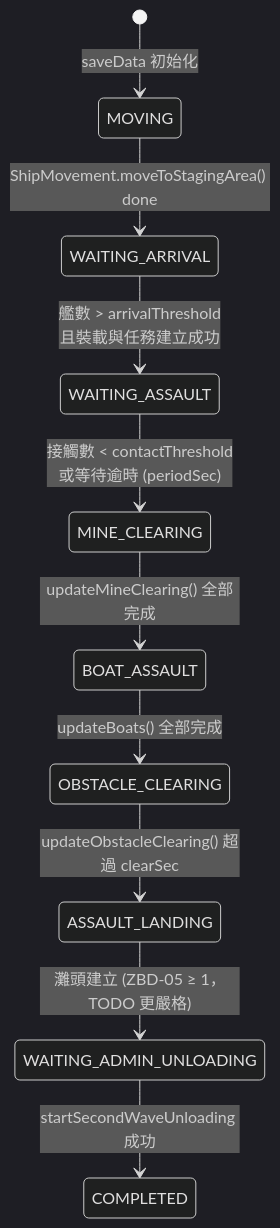
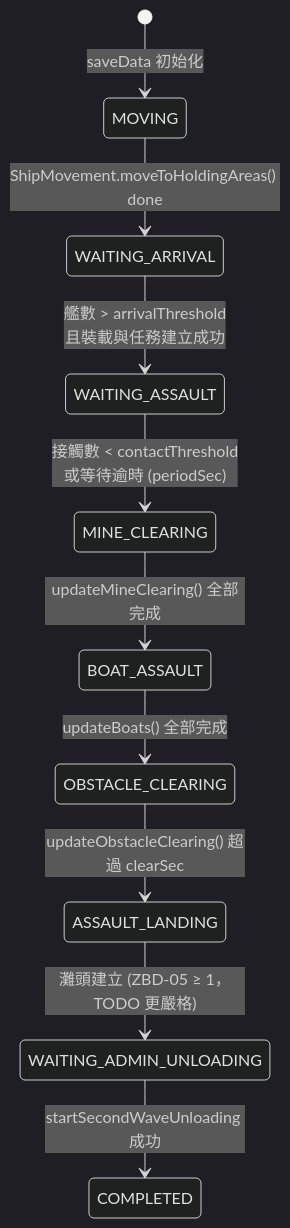
Before and after one commit to pullupjumper/formosa-in-flames: the second of 4 diagrams in docs/landingOps/coordinator.md, drawn with Mermaid (dark theme). The commit also changed other lines of this file and 31 other files, not shown here.

First line of the commit message:
refactor(landingOps): rename anchorage to movement.holdingAreas and trim shipMovement params

````diff
--- a/docs/landingOps/coordinator.md
+++ b/docs/landingOps/coordinator.md
@@ -42,12 +42,12 @@
 ```mermaid
 stateDiagram-v2
     [*] --> MOVING: saveData 初始化
-    MOVING --> WAITING_ARRIVAL: ShipMovement.moveToStagingArea() done
+    MOVING --> WAITING_ARRIVAL: ShipMovement.moveToHoldingAreas() done
     WAITING_ARRIVAL --> WAITING_ASSAULT: 艦數 > arrivalThreshold<br>且裝載與任務建立成功
     WAITING_ASSAULT --> MINE_CLEARING: 接觸數 < contactThreshold<br>或等待逾時 (periodSec)
     MINE_CLEARING --> BOAT_ASSAULT: updateMineClearing() 全部完成
     BOAT_ASSAULT --> OBSTACLE_CLEARING: updateBoats() 全部完成
     OBSTACLE_CLEARING --> ASSAULT_LANDING: updateObstacleClearing() 超過 clearSec
     ASSAULT_LANDING --> WAITING_ADMIN_UNLOADING: 灘頭建立 (ZBD-05 ≥ 1，TODO 更嚴格)
     WAITING_ADMIN_UNLOADING --> COMPLETED: startSecondWaveUnloading 成功
 ```
````
